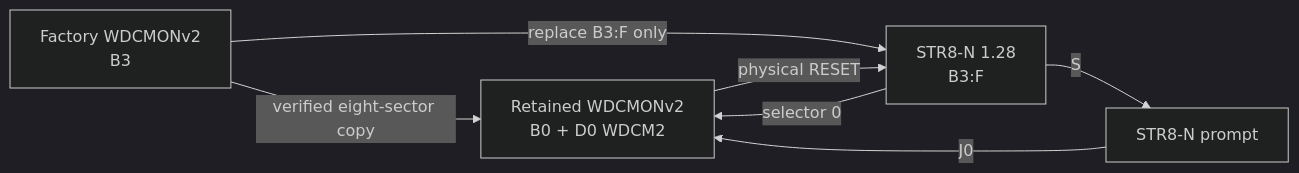
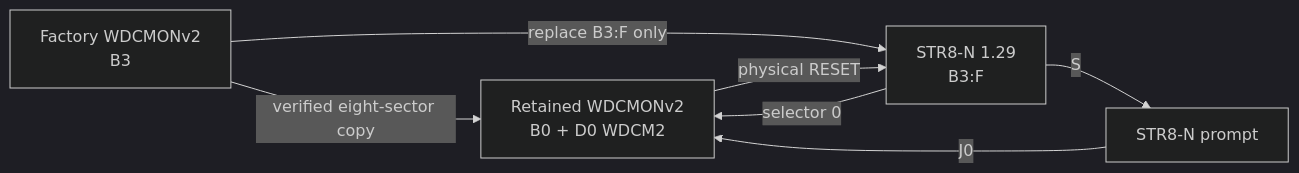
One commit to 95westus/STR8-N changed diagram 12 of 14 in docs/MAPS.md. Above: the diagram before and after it, drawn with Mermaid (dark theme). The commit also changed other lines of this file and 10 other files, not shown here.

````diff
--- a/docs/MAPS.md
+++ b/docs/MAPS.md
@@ -381,9 +384,9 @@
 ```mermaid
 flowchart LR
     STOCK[Factory WDCMONv2<br/>B3] -->|verified eight-sector copy| B0[Retained WDCMONv2<br/>B0 + D0 WDCM2]
-    STOCK -->|replace B3:F only| N[STR8-N 1.28<br/>B3:F]
+    STOCK -->|replace B3:F only| N[STR8-N 1.29<br/>B3:F]
     N -->|S| SHELL[STR8-N prompt]
     SHELL -->|J0| B0
     N -->|selector 0| B0
     B0 -->|physical RESET| N
 ```
````
